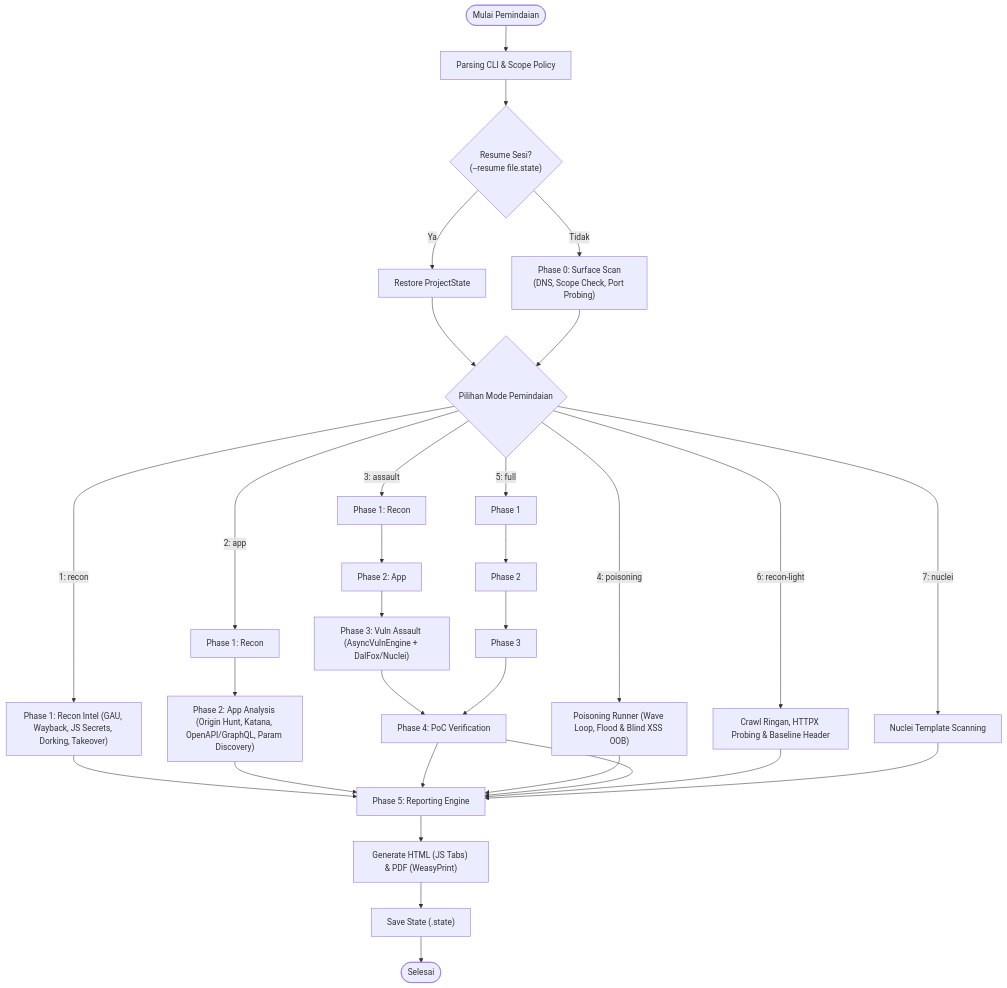
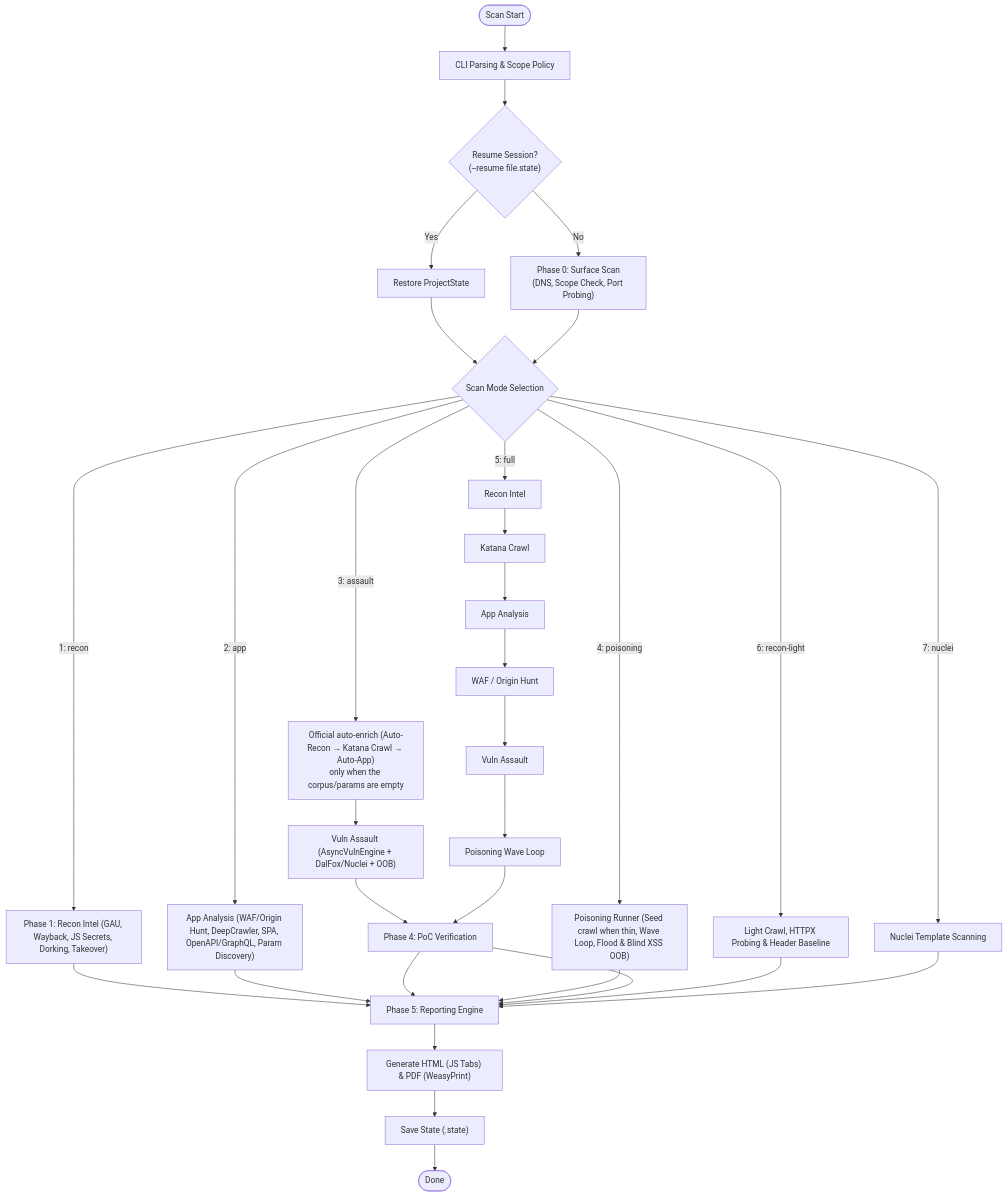
The second of 2 diagrams in README.md (Samasta-Baskara/Verdamt-Snipe), drawn with Mermaid before and after one commit. The commit also changed other lines of this file and 12 other files, not shown here.

````diff
--- a/README.md
+++ b/README.md
@@ -156,20 +160,20 @@
 ```mermaid
 flowchart TD
-    Start(["Mulai Pemindaian"]) --> Parse["Parsing CLI & Scope Policy"]
-    Parse --> CheckResume{"Resume Sesi?<br>(--resume file.state)"}
+    Start(["Scan Start"]) --> Parse["CLI Parsing & Scope Policy"]
+    Parse --> CheckResume{"Resume Session?<br>(--resume file.state)"}
 
-    CheckResume -- "Ya" --> LoadState["Restore ProjectState"] --> ModeSelect
-    CheckResume -- "Tidak" --> Phase0["Phase 0: Surface Scan<br>(DNS, Scope Check, Port Probing)"] --> ModeSelect
+    CheckResume -- "Yes" --> LoadState["Restore ProjectState"] --> ModeSelect
+    CheckResume -- "No" --> Phase0["Phase 0: Surface Scan<br>(DNS, Scope Check, Port Probing)"] --> ModeSelect
 
-    ModeSelect{"Pilihan Mode Pemindaian"}
+    ModeSelect{"Scan Mode Selection"}
     ModeSelect -- "1: recon" --> Phase1["Phase 1: Recon Intel (GAU, Wayback, JS Secrets, Dorking, Takeover)"] --> Phase5Report
-    ModeSelect -- "2: app" --> Phase1App["Phase 1: Recon"] --> Phase2App["Phase 2: App Analysis (Origin Hunt, Katana, OpenAPI/GraphQL, Param Discovery)"] --> Phase5Report
-    ModeSelect -- "3: assault" --> Phase1Assault["Phase 1: Recon"] --> Phase2Assault["Phase 2: App"] --> Phase3Assault["Phase 3: Vuln Assault (AsyncVulnEngine + DalFox/Nuclei)"] --> Phase4Verify["Phase 4: PoC Verification"] --> Phase5Report
-    ModeSelect -- "4: poisoning" --> PoisonRunner["Poisoning Runner (Wave Loop, Flood & Blind XSS OOB)"] --> Phase5Report
-    ModeSelect -- "5: full" --> Phase1Full["Phase 1"] --> Phase2Full["Phase 2"] --> Phase3Full["Phase 3"] --> Phase4Verify --> Phase5Report
-    ModeSelect -- "6: recon-light" --> LightRecon["Crawl Ringan, HTTPX Probing & Baseline Header"] --> Phase5Report
+    ModeSelect -- "2: app" --> Phase2App["App Analysis (WAF/Origin Hunt, DeepCrawler, SPA, OpenAPI/GraphQL, Param Discovery)"] --> Phase5Report
+    ModeSelect -- "3: assault" --> PhaseEnrich["Official auto-enrich (Auto-Recon → Katana Crawl → Auto-App)<br>only when the corpus/params are empty"] --> Phase3Assault["Vuln Assault (AsyncVulnEngine + DalFox/Nuclei + OOB)"] --> Phase4Verify["Phase 4: PoC Verification"] --> Phase5Report
+    ModeSelect -- "4: poisoning" --> PoisonRunner["Poisoning Runner (Seed crawl when thin, Wave Loop, Flood & Blind XSS OOB)"] --> Phase5Report
+    ModeSelect -- "5: full" --> Phase1Full["Recon Intel"] --> KatanaFull["Katana Crawl"] --> Phase2Full["App Analysis"] --> WAFull["WAF / Origin Hunt"] --> Phase3Full["Vuln Assault"] --> PoisonFull["Poisoning Wave Loop"] --> Phase4Verify --> Phase5Report
+    ModeSelect -- "6: recon-light" --> LightRecon["Light Crawl, HTTPX Probing & Header Baseline"] --> Phase5Report
     ModeSelect -- "7: nuclei" --> NucleiEngine["Nuclei Template Scanning"] --> Phase5Report
 
     Phase5Report["Phase 5: Reporting Engine"] --> GenReport["Generate HTML (JS Tabs) & PDF (WeasyPrint)"]
-    GenReport --> SaveState["Save State (.state)"] --> Done(["Selesai"])
+    GenReport --> SaveState["Save State (.state)"] --> Done(["Done"])
 ```
````
